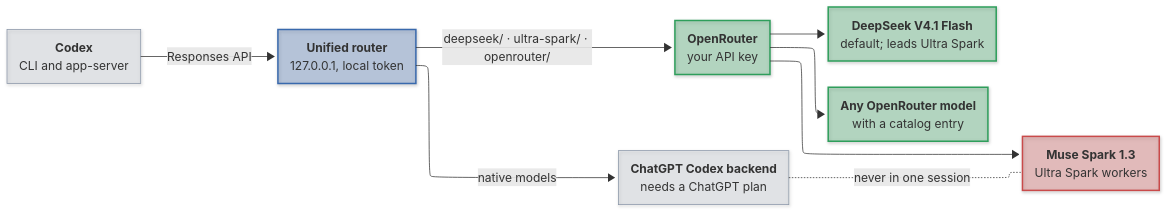
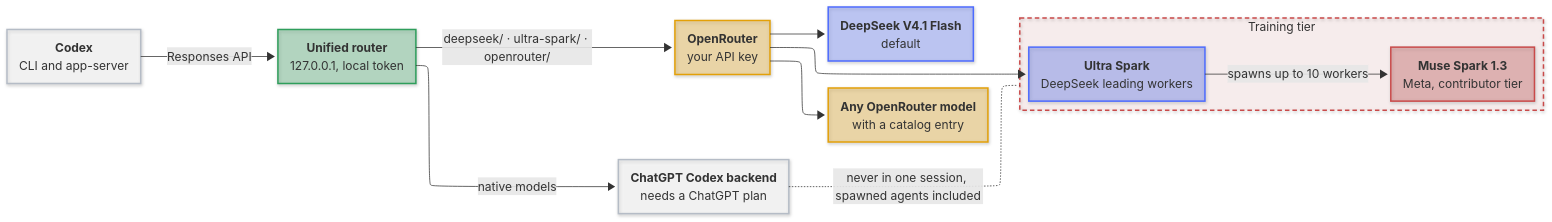
Before and after one commit to mirzahusadzic/codex-unified-model-router: the diagram in README.md, drawn with Mermaid. The commit also changed other lines of this file and 3 other files, not shown here.

````diff
--- a/README.md
+++ b/README.md
@@ -25,67 +25,78 @@
 ```mermaid
 ---
 config:
     layout: elk
     look: neo
     flowchart:
         wrappingWidth: 400
     themeCSS: >-
         foreignObject { overflow: visible; }
         code { font-family: ui-monospace, SFMono-Regular, "SF Mono", Menlo,
         Consolas, monospace; font-size: 0.9em; line-height: inherit;
         color: inherit !important; text-shadow: none !important;
         padding: 0 4px; border-radius: 4px;
         background: color-mix(in srgb, currentColor 14%, transparent)
         !important; }
         .edgeLabel, .edgeLabel p, .edgeLabel span {
         background: transparent !important; }
         .edgeLabel rect { fill: transparent !important; }
         .labelBkg { --knock: var(--vscode-editor-background,
         var(--bgColor-default, rgb(from currentColor
         clamp(30, (128 - r) * 100, 255) clamp(30, (128 - r) * 100, 255)
         clamp(30, (128 - r) * 100, 255)))); --ring: var(--knock);
         --fill: color-mix(in srgb, var(--ring) 30%, var(--knock));
         background: var(--fill) !important; border-radius: 4px;
         box-shadow: 0 0 0 5px var(--fill), 0 0 0 7px var(--ring); }
         .label[data-id^="L_CX_RT_"] .labelBkg {
-        --ring: #3869ad; }
+        --ring: #2e9e5b; }
         .label[data-id^="L_RT_OR_"] .labelBkg {
-        --ring: #2e9e5b; }
+        --ring: #e3a008; }
         .label[data-id^="L_RT_OA_"] .labelBkg {
-        --ring: #8a96a8; }
-        .label[data-id^="L_OA_MU_"] .labelBkg {
+        --ring: #b5bcc6; }
+        .label[data-id^="L_US_MU_"] .labelBkg,
+        .label[data-id^="L_OA_TT_"] .labelBkg {
         --ring: #c94a4a; }
         .edgeLabel p, .edgeLabel span, .edgeLabel text {
         --halo: var(--fill, var(--vscode-editor-background,
         var(--bgColor-default,
         rgb(from currentColor clamp(0, (128 - r) * 100, 255)
         clamp(0, (128 - r) * 100, 255) clamp(0, (128 - r) * 100, 255)))));
         text-shadow: 1px 0 var(--halo), -1px 0 var(--halo),
         0 1px var(--halo), 0 -1px var(--halo), 1px 1px var(--halo),
         -1px -1px var(--halo), 1px -1px var(--halo), -1px 1px var(--halo),
         0 0 3px var(--halo), 0 0 4px var(--halo); }
 ---
 flowchart LR
     CX["<b>Codex</b><br/>CLI and app-server"]
     RT["<b>Unified router</b><br/>127.0.0.1, local token"]
     OR["<b>OpenRouter</b><br/>your API key"]
     OA["<b>ChatGPT Codex backend</b><br/>needs a ChatGPT plan"]
-    DS["<b>DeepSeek V4.1 Flash</b><br/>default; leads Ultra Spark"]
-    MU["<b>Muse Spark 1.3</b><br/>Ultra Spark workers"]
+    DS["<b>DeepSeek V4.1 Flash</b><br/>default"]
     AM["<b>Any OpenRouter model</b><br/>with a catalog entry"]
+    subgraph TT["Training tier"]
+        US["<b>Ultra Spark</b><br/>DeepSeek leading workers"]
+        MU["<b>Muse Spark 1.3</b><br/>Meta, contributor tier"]
+    end
     CX -->|"Responses API"| RT
     RT -->|"deepseek/ · ultra-spark/ · openrouter/"| OR
     RT -->|"native models"| OA
     OR --> DS
-    OR --> MU
     OR --> AM
-    OA -.-|"never in one session"| MU
+    OR --> US
+    US -->|"spawns up to 10 workers"| MU
+    OA -.-|"never in one session, spawned agents included"| TT
 
     classDef default fill:#8a96a82e,stroke:#8a96a8,stroke-width:1px
-    classDef router fill:#3869ad4d,stroke:#3869ad,stroke-width:2px
-    classDef openrouter fill:#2e9e5b4d,stroke:#2e9e5b,stroke-width:2px
+    classDef router fill:#2e9e5b4d,stroke:#2e9e5b,stroke-width:2px
+    classDef openrouter fill:#e3a0084d,stroke:#e3a008,stroke-width:2px
+    classDef deepseek fill:#4d6bfe4d,stroke:#4d6bfe,stroke-width:2px
+    classDef openai fill:#ffffff40,stroke:#b5bcc6,stroke-width:2px
     classDef training fill:#c94a4a4d,stroke:#c94a4a,stroke-width:2px
+    classDef trainingTier fill:#c94a4a14,stroke:#c94a4a,stroke-width:2px,stroke-dasharray:6 4
     class RT router
-    class OR,DS,AM openrouter
+    class OR,AM openrouter
+    class DS,US deepseek
+    class CX,OA openai
     class MU training
+    class TT trainingTier
 ```
````
